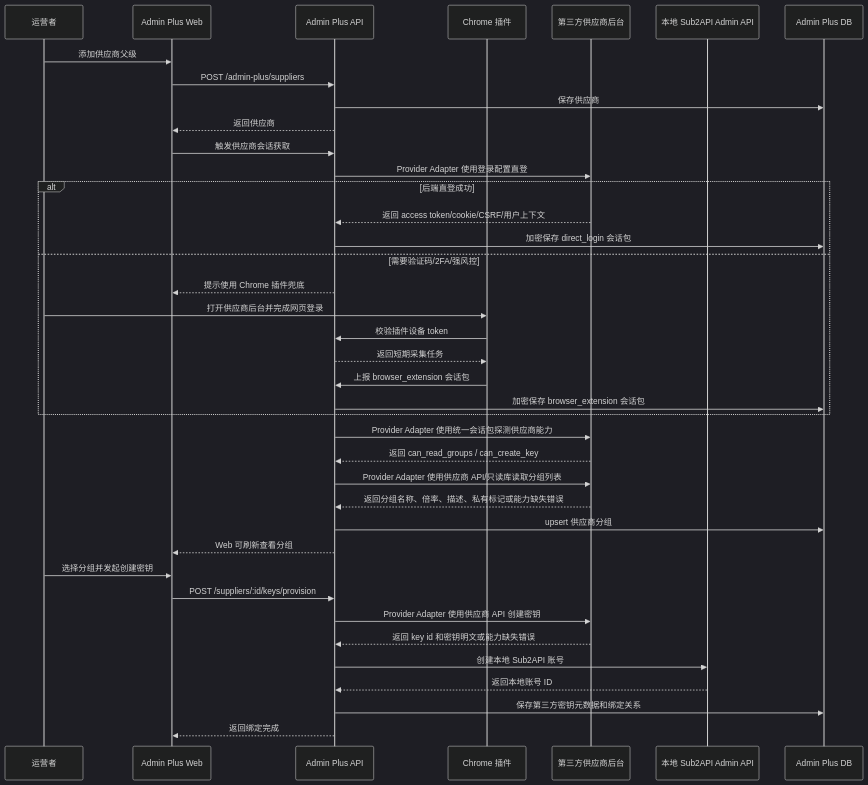
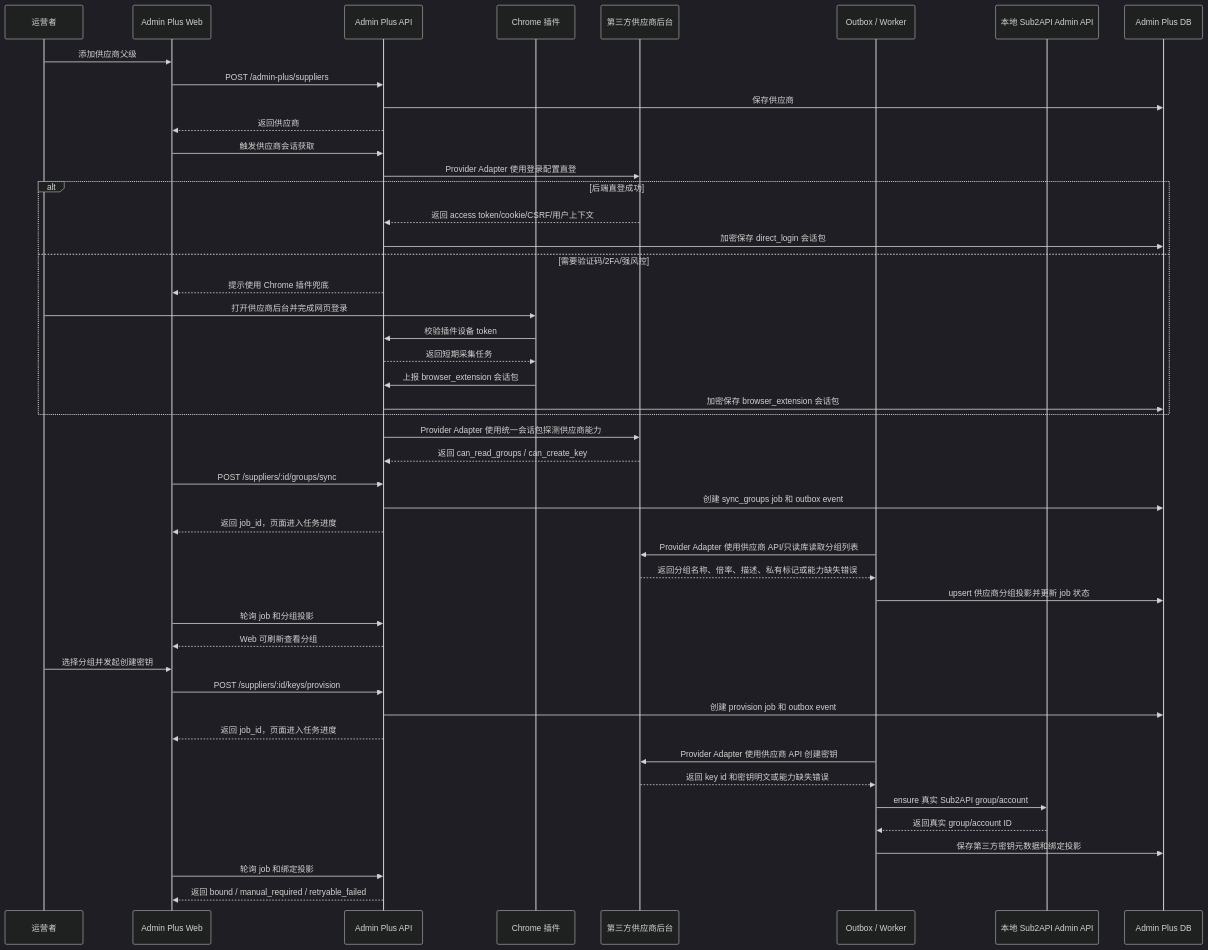
The sixth of 20 diagrams in docs/roadmap/accounts/README.md (openrelayllm/superllm), drawn with Mermaid (dark theme) before and after one commit. The commit also changed other lines of this file and 147 other files, not shown here.

````diff
--- a/docs/roadmap/accounts/README.md
+++ b/docs/roadmap/accounts/README.md
@@ -277,45 +283,53 @@
 ```mermaid
 sequenceDiagram
   participant O as 运营者
   participant W as Admin Plus Web
   participant A as Admin Plus API
   participant X as Chrome 插件
   participant S as 第三方供应商后台
+  participant Q as Outbox / Worker
   participant L as 本地 Sub2API Admin API
   participant D as Admin Plus DB
 
   O->>W: 添加供应商父级
   W->>A: POST /admin-plus/suppliers
   A->>D: 保存供应商
   A-->>W: 返回供应商
 
   W->>A: 触发供应商会话获取
   A->>S: Provider Adapter 使用登录配置直登
   alt 后端直登成功
     S-->>A: 返回 access token/cookie/CSRF/用户上下文
     A->>D: 加密保存 direct_login 会话包
   else 需要验证码/2FA/强风控
     A-->>W: 提示使用 Chrome 插件兜底
     O->>X: 打开供应商后台并完成网页登录
     X->>A: 校验插件设备 token
     A-->>X: 返回短期采集任务
     X->>A: 上报 browser_extension 会话包
     A->>D: 加密保存 browser_extension 会话包
   end
   A->>S: Provider Adapter 使用统一会话包探测供应商能力
   S-->>A: 返回 can_read_groups / can_create_key
 
-  A->>S: Provider Adapter 使用供应商 API/只读库读取分组列表
-  S-->>A: 返回分组名称、倍率、描述、私有标记或能力缺失错误
-  A->>D: upsert 供应商分组
+  W->>A: POST /suppliers/:id/groups/sync
+  A->>D: 创建 sync_groups job 和 outbox event
+  A-->>W: 返回 job_id，页面进入任务进度
+  Q->>S: Provider Adapter 使用供应商 API/只读库读取分组列表
+  S-->>Q: 返回分组名称、倍率、描述、私有标记或能力缺失错误
+  Q->>D: upsert 供应商分组投影并更新 job 状态
+  W->>A: 轮询 job 和分组投影
   A-->>W: Web 可刷新查看分组
 
   O->>W: 选择分组并发起创建密钥
   W->>A: POST /suppliers/:id/keys/provision
-  A->>S: Provider Adapter 使用供应商 API 创建密钥
-  S-->>A: 返回 key id 和密钥明文或能力缺失错误
-  A->>L: 创建本地 Sub2API 账号
-  L-->>A: 返回本地账号 ID
-  A->>D: 保存第三方密钥元数据和绑定关系
-  A-->>W: 返回绑定完成
+  A->>D: 创建 provision job 和 outbox event
+  A-->>W: 返回 job_id，页面进入任务进度
+  Q->>S: Provider Adapter 使用供应商 API 创建密钥
+  S-->>Q: 返回 key id 和密钥明文或能力缺失错误
+  Q->>L: ensure 真实 Sub2API group/account
+  L-->>Q: 返回真实 group/account ID
+  Q->>D: 保存第三方密钥元数据和绑定投影
+  W->>A: 轮询 job 和绑定投影
+  A-->>W: 返回 bound / manual_required / retryable_failed
 ```
````
